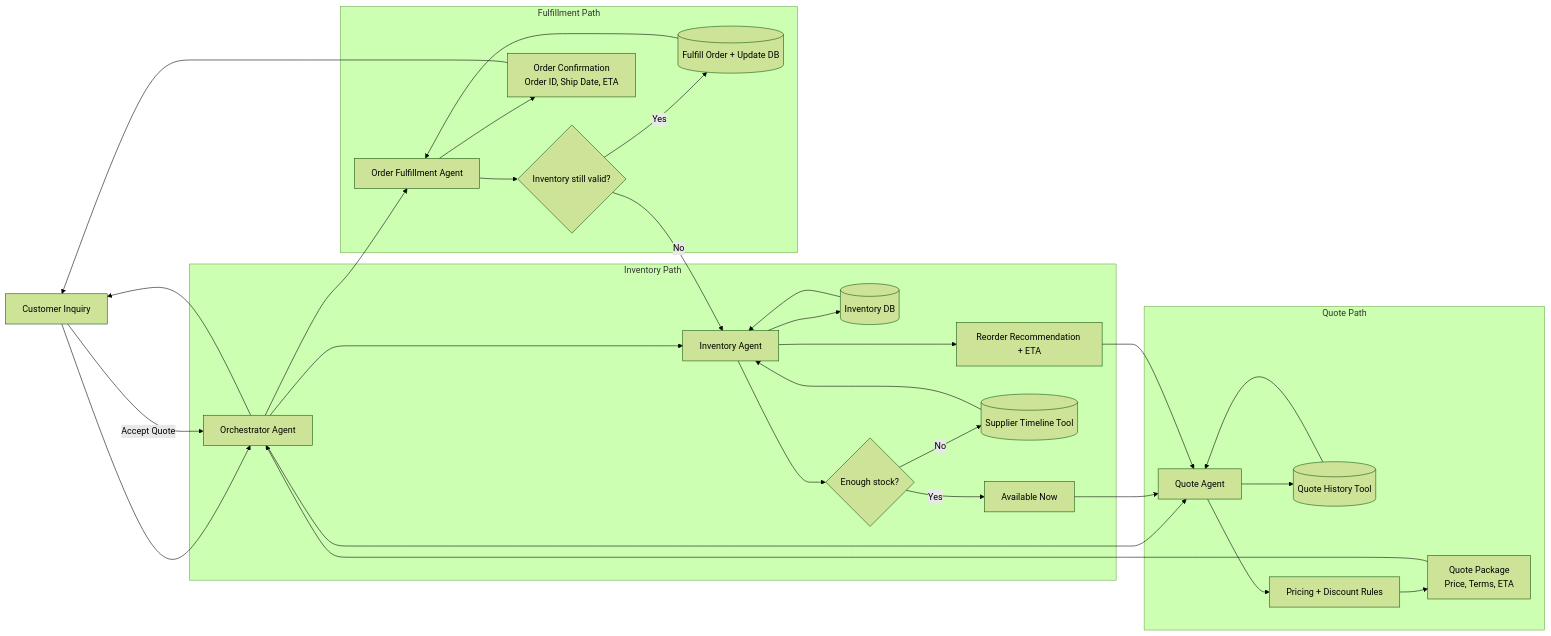
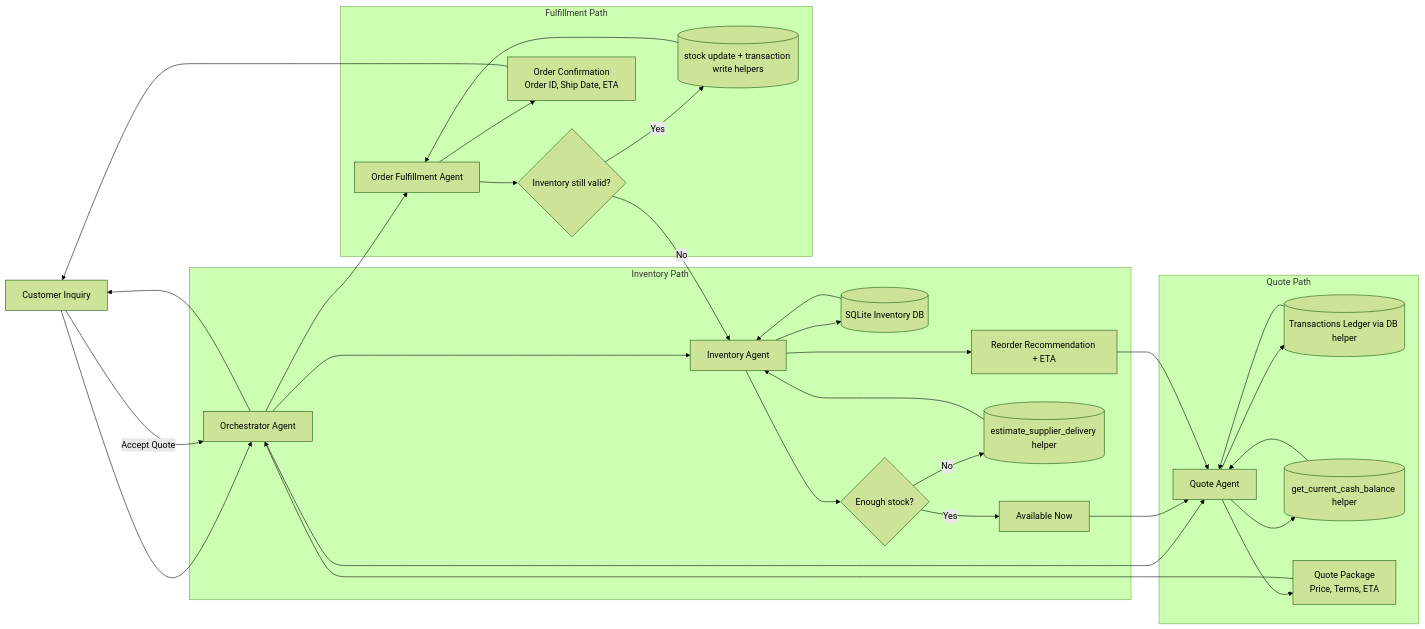
One commit to javeriaafzal/PaperCompanyInventory changed the diagram in architecture docs/multi-agent-workflow.md. Above: the diagram before and after it, drawn with Mermaid (forest theme). The commit also changed other lines of this file, not shown here.

Commit message:
Update workflow doc with starter-code tool mapping

````diff
--- a/architecture docs/multi-agent-workflow.md
+++ b/architecture docs/multi-agent-workflow.md
@@ -5,40 +5,41 @@
 ```mermaid
 flowchart LR
     C[Customer Inquiry] --> O[Orchestrator Agent]
 
     subgraph Inventory_Path[Inventory Path]
         O --> IA[Inventory Agent]
-        IA --> DB[(Inventory DB)]
+        IA --> DB[(SQLite Inventory DB)]
         DB --> IA
         IA --> S{Enough stock?}
         S -->|Yes| AV[Available Now]
-        S -->|No| ST[(Supplier Timeline Tool)]
-        ST --> IA
+        S -->|No| ETA[(estimate_supplier_delivery helper)]
+        ETA --> IA
         IA --> RE[Reorder Recommendation + ETA]
     end
 
     subgraph Quote_Path[Quote Path]
         O --> QA[Quote Agent]
-        QA --> QH[(Quote History Tool)]
-        QH --> QA
+        QA --> TX[(Transactions Ledger via DB helper)]
+        TX --> QA
         AV --> QA
         RE --> QA
-        QA --> PR[Pricing + Discount Rules]
-        PR --> QP[Quote Package\nPrice, Terms, ETA]
+        QA --> BAL[(get_current_cash_balance helper)]
+        BAL --> QA
+        QA --> QP[Quote Package\nPrice, Terms, ETA]
     end
 
     QP --> O
     O --> C
     C -->|Accept Quote| O
 
     subgraph Fulfillment_Path[Fulfillment Path]
         O --> FA[Order Fulfillment Agent]
         FA --> V{Inventory still valid?}
         V -->|No| IA
-        V -->|Yes| FO[(Fulfill Order + Update DB)]
+        V -->|Yes| FO[(stock update + transaction write helpers)]
         FO --> FA
         FA --> OC[Order Confirmation\nOrder ID, Ship Date, ETA]
     end
 
     OC --> C
 ```
````
